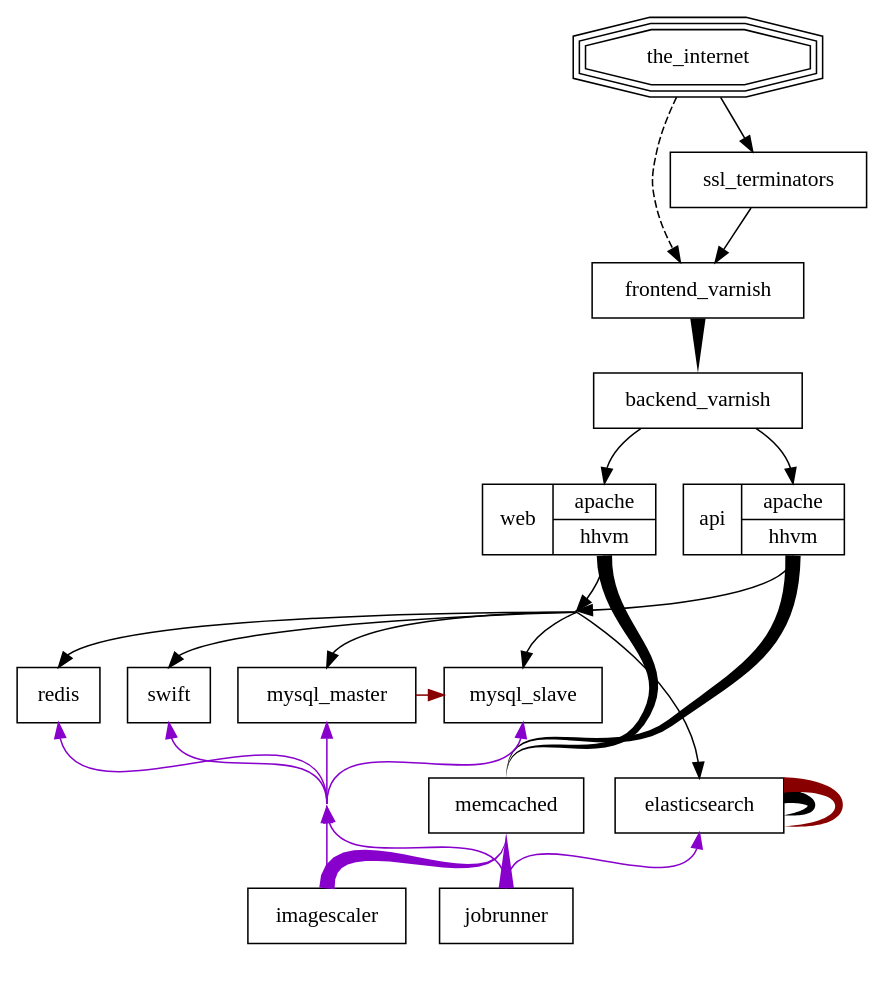
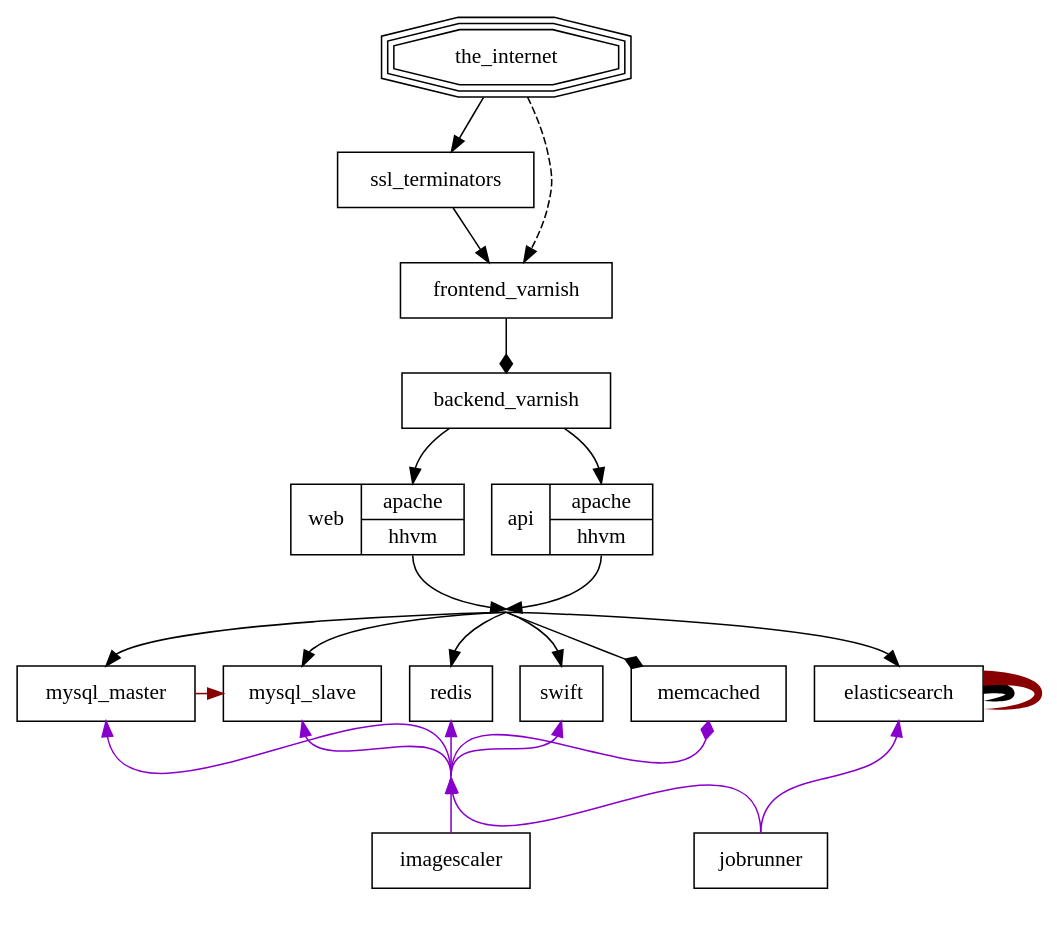
Before and after one commit to nik9000/wikimedia_diagram: the diagram in diagram.dot, drawn with Graphviz. The commit also changed 3 other files, not shown here.

```diff
--- a/diagram.dot
+++ b/diagram.dot
@@ -1,51 +1,49 @@
 digraph WMF {
   node [shape=box];
   subgraph web_traffic {
     the_internet -> ssl_terminators;
     the_internet -> frontend_varnish [style=dashed];
     ssl_terminators -> frontend_varnish;
-    frontend_varnish -> backend_varnish [style=tapered, penwidth=10, arrowhead=none];
+    frontend_varnish -> backend_varnish [arrowhead=diamond];
     backend_varnish -> {web, api} [headport="apache:n"];
     {web, api} -> web_service_collector [tailport="hhvm:s"];
     web_service_collector [shape=point, width=0];
     web_service_collector -> {mysql_master, mysql_slave, redis, elasticsearch, swift} [headport="n"];
-    web_service_collector -> memcached [style=invis];
-    {web, api} -> memcached [tailport="hhvm:s", headport="n", style=tapered, penwidth=10, arrowhead=none];
+    web_service_collector -> memcached [arrowhead=diamond];
     elasticsearch -> elasticsearch [style=tapered, penwidth=10, arrowhead=none];
   }
   subgraph jobs {
     edge [color="#8800cc", constraint=false, tailport=n, headport=s]
     // These edge defines all the layout
     subgraph layout {
       edge [style=invis, constraint=true];
-      {mysql_master, mysql_slave, redis, swift} -> job_service_collector -> {jobrunner, imagescaler};
-      {mysql_master, mysql_slave, redis, swift} -> memcached -> {jobrunner, imagescaler};
-      elasticsearch -> jobrunner;
+      {mysql_master, mysql_slave, redis, swift, memcached} -> job_service_collector -> {jobrunner, imagescaler};
+      elasticsearch -> jobrunner [minlen=2];
       subgraph r {
         rank=same;
         jobrunner, imagescaler;
       }
     }
 
     // These define the view
     job_service_collector [shape=point, width=0];
     {jobrunner, imagescaler} -> job_service_collector -> {mysql_master, mysql_slave, redis, swift};
+    job_service_collector -> memcached [arrowhead=diamond];
     jobrunner:n -> elasticsearch;
-    {jobrunner, imagescaler} -> memcached [style=tapered, penwidth=10, arrowhead=none];
     /*
      * While technically Elasticsearch does forward request to itself for jobs as well as web
      * traffic, it makes the graph really hard to read when its on there so I've commented it
      * out. Hopefully its still obvious.
      */
     // elasticsearch -> elasticsearch [dir="forward", style=tapered, penwidth=10, arrowhead=none];
   }
   subgraph replication {
     edge [color="#880000"]
     mysql_master -> mysql_slave [constraint=false];
     elasticsearch -> elasticsearch [style=tapered, penwidth=10, arrowhead=none];
   }
 
   the_internet [shape=tripleoctagon];
   web [shape=record, label="web | {<apache>apache | <hhvm>hhvm}"]
   api [shape=record, label="api | {<apache>apache | <hhvm>hhvm}"]
 }
```
